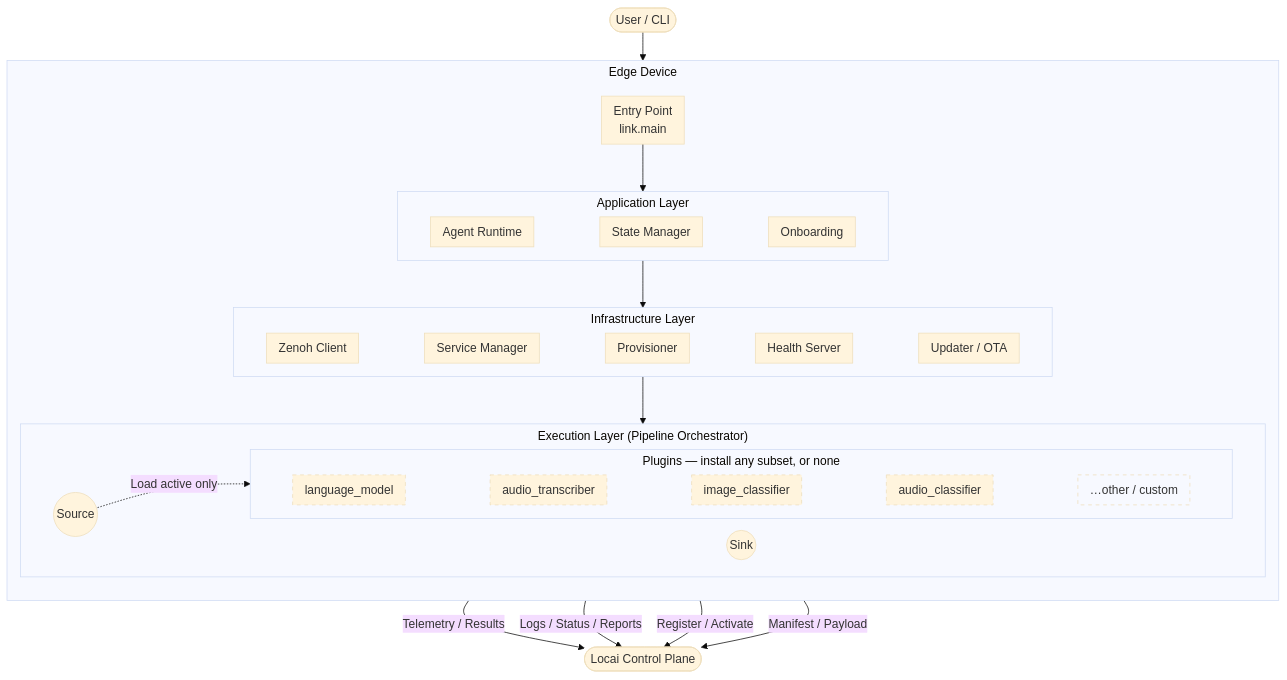
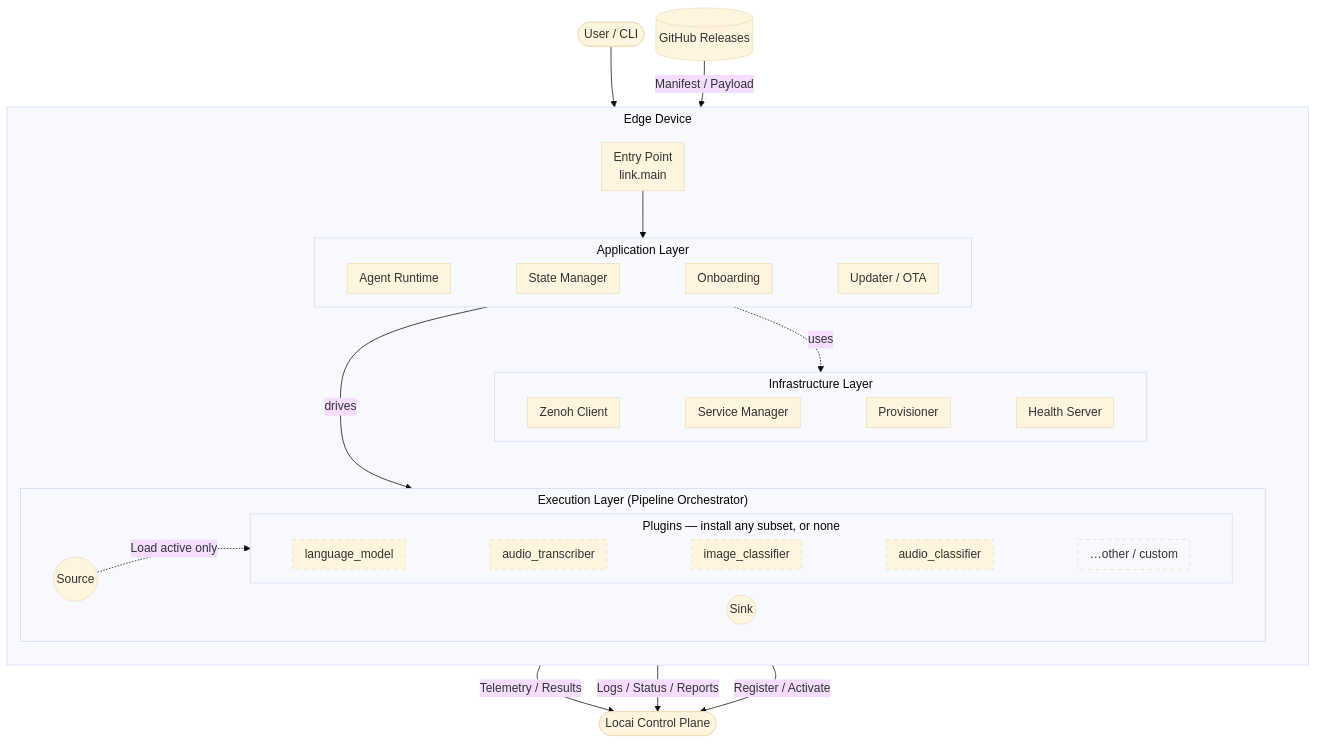
One commit to locai-co-uk/locai-link changed the diagram in README.md. Above: the diagram before and after it, drawn with Mermaid (base theme). The commit also changed other lines of this file, not shown here.

````diff
--- a/README.md
+++ b/README.md
@@ -164,60 +164,63 @@
 ```mermaid
 %%{init: {"flowchart": {"rankSpacing": 38, "nodeSpacing": 16, "padding": 8, "subGraphTitleMargin": {"top": 4, "bottom": 12}}}}%%
 flowchart TB
     %% Layers are stacked top-to-bottom; each layer's nodes are chained with
     %% invisible links (~~~) so they sit in one row. That only holds if no node
     %% inside a layer crosses the layer boundary — so the upstream arrows run
     %% from the layer containers, not individual nodes.
     User([User / CLI])
 
     subgraph Device["Edge Device"]
         direction TB
 
         Entry[Entry Point<br/>link.main]
 
         subgraph App["Application Layer"]
             direction LR
-            Runtime[Agent Runtime] ~~~ State[State Manager] ~~~ Onboard[Onboarding]
+            Runtime[Agent Runtime] ~~~ State[State Manager] ~~~ Onboard[Onboarding] ~~~ Updater[Updater / OTA]
         end
 
         subgraph Infra["Infrastructure Layer"]
             direction LR
-            Zenoh[Zenoh Client] ~~~ Service[Service Manager] ~~~ Provision[Provisioner] ~~~ Health[Health Server] ~~~ Updater[Updater / OTA]
+            Zenoh[Zenoh Client] ~~~ Service[Service Manager] ~~~ Provision[Provisioner] ~~~ Health[Health Server]
         end
 
         subgraph Exec["Execution Layer (Pipeline Orchestrator)"]
             direction LR
             Source((Source)) ~~~ Sink((Sink))
             subgraph Plugins["Plugins — install any subset, or none"]
                 direction LR
                 LM[language_model] ~~~ AT[audio_transcriber] ~~~ IC[image_classifier] ~~~ AC[audio_classifier] ~~~ More[…other / custom]
             end
         end
     end
 
     Cloud([Locai Control Plane])
+    Releases[(GitHub Releases)]
 
     %% --- Flows ---
     User --> Entry
     Entry --> App
-    App --> Infra
-    Infra --> Exec
+    App -.->|uses| Infra
+    App -->|drives| Exec
+    Infra ~~~ Exec
     Source -.->|Load active only| Plugins
 
-    %% Upstream to the control plane, at layer granularity:
+    %% Upstream to the control plane (over Zenoh), at layer granularity:
     %%  • Execution (pipeline sinks): telemetry + inference results (data plane)
     %%  • Application (LinkReporter): logs, status, model state, deployment progress
-    %%  • Application (Onboarding): device registration / activation
-    %%  • Infrastructure (Updater): OTA manifest / payload
+    %%  • Application (Onboarding): device registration / activation (HTTP)
     Exec -->|Telemetry / Results| Cloud
     App -->|Logs / Status / Reports| Cloud
     App -->|Register / Activate| Cloud
-    Infra -->|Manifest / Payload| Cloud
+
+    %% OTA bundles are pulled from GitHub Releases (not the control plane).
+    Releases -->|Manifest / Payload| App
 
     %% --- Optionality styling: dashed borders signal "any subset" ---
     style LM stroke-dasharray:5 5
     style AT stroke-dasharray:5 5
     style IC stroke-dasharray:5 5
     style AC stroke-dasharray:5 5
     style More stroke-dasharray:5 5,fill:none
 ```
````
